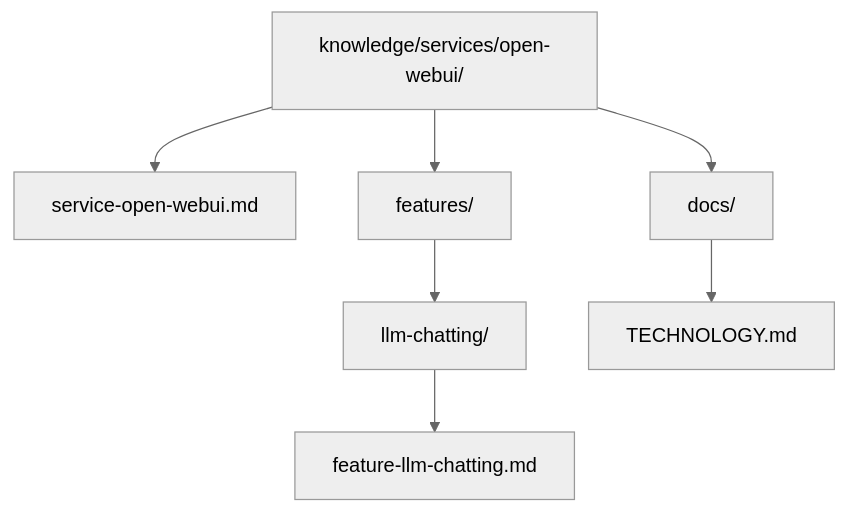
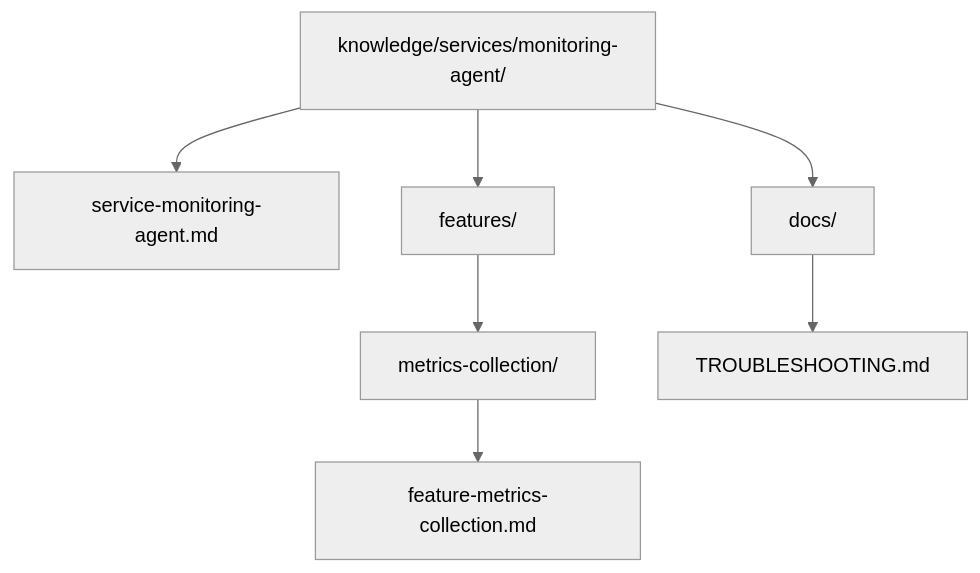
The third of 3 diagrams in .data/workplace-init-bundle/standards/standard-service-specification.md (pihanya/workplace-scaffold), drawn with Mermaid (neutral theme) before and after one commit. The commit also changed other lines of this file and 6 other files, not shown here.

````diff
--- a/.data/workplace-init-bundle/standards/standard-service-specification.md
+++ b/.data/workplace-init-bundle/standards/standard-service-specification.md
@@ -339,10 +335,10 @@
 ```mermaid
 flowchart TD
-    WebUiRoot["knowledge/services/open-webui/"]
-    WebUiRoot --> WebUiSpec["service-open-webui.md"]
-    WebUiRoot --> WebUiFeatures["features/"]
-    WebUiFeatures --> WebUiFeatureDir["llm-chatting/"]
-    WebUiFeatureDir --> WebUiFeature["feature-llm-chatting.md"]
-    WebUiRoot --> WebUiDocs["docs/"]
-    WebUiDocs --> WebUiTech["TECHNOLOGY.md"]
+    InfraRoot["knowledge/services/monitoring-agent/"]
+    InfraRoot --> InfraSpec["service-monitoring-agent.md"]
+    InfraRoot --> InfraFeatures["features/"]
+    InfraFeatures --> InfraFeatureDir["metrics-collection/"]
+    InfraFeatureDir --> InfraFeature["feature-metrics-collection.md"]
+    InfraRoot --> InfraDocs["docs/"]
+    InfraDocs --> InfraTroubleshooting["TROUBLESHOOTING.md"]
 ```
````
